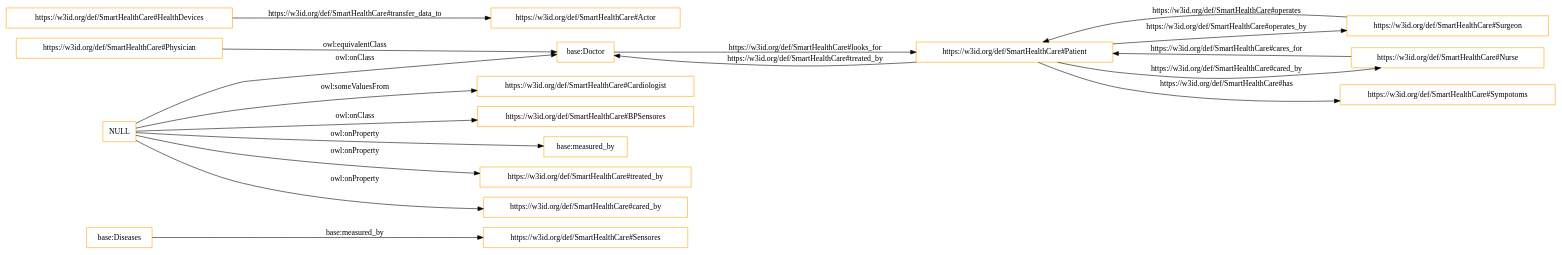
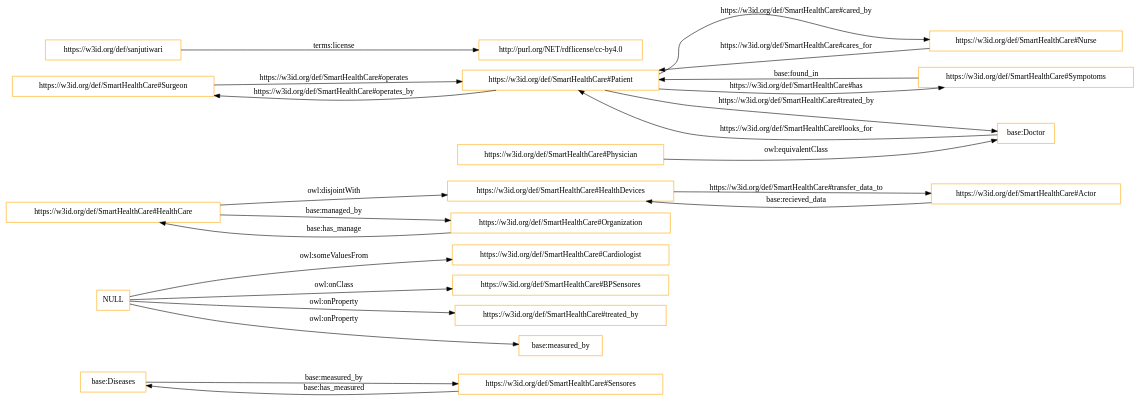
One commit to tiwari2019/myrepo changed the diagram in OnToology/Healthcare.owl/diagrams/ar2dtool-class/Healthcare.owl.png.dot. Above: the diagram before and after it, drawn with Graphviz. The commit also changed 13 other files, not shown here.

```diff
--- a/OnToology/Healthcare.owl/diagrams/ar2dtool-class/Healthcare.owl.png.dot
+++ b/OnToology/Healthcare.owl/diagrams/ar2dtool-class/Healthcare.owl.png.dot
@@ -1,22 +1,27 @@
 digraph ar2dtool_diagram { 
 rankdir=LR;
 size="1501"
-node [shape = rectangle, color="orange"]; "base:Diseases" "https://w3id.org/def/SmartHealthCare#Cardiologist" "https://w3id.org/def/SmartHealthCare#BPSensores" "https://w3id.org/def/SmartHealthCare#HealthDevices" "https://w3id.org/def/SmartHealthCare#Surgeon" "https://w3id.org/def/SmartHealthCare#Physician" "https://w3id.org/def/SmartHealthCare#Nurse" "base:Doctor" "https://w3id.org/def/SmartHealthCare#Sympotoms" "https://w3id.org/def/SmartHealthCare#Sensores" "https://w3id.org/def/SmartHealthCare#Actor" "https://w3id.org/def/SmartHealthCare#Patient" ; /*classes style*/
+node [shape = rectangle, color="orange"]; "base:Diseases" "https://w3id.org/def/SmartHealthCare#Cardiologist" "https://w3id.org/def/SmartHealthCare#BPSensores" "https://w3id.org/def/SmartHealthCare#HealthDevices" "https://w3id.org/def/SmartHealthCare#Surgeon" "https://w3id.org/def/SmartHealthCare#Physician" "https://w3id.org/def/SmartHealthCare#Nurse" "base:Doctor" "https://w3id.org/def/SmartHealthCare#Sympotoms" "https://w3id.org/def/SmartHealthCare#Sensores" "https://w3id.org/def/SmartHealthCare#HealthCare" "https://w3id.org/def/SmartHealthCare#Organization" "https://w3id.org/def/SmartHealthCare#Actor" "https://w3id.org/def/SmartHealthCare#Patient" ; /*classes style*/
 	"NULL" -> "https://w3id.org/def/SmartHealthCare#Cardiologist" [ label = "owl:someValuesFrom" ];
 	"NULL" -> "https://w3id.org/def/SmartHealthCare#treated_by" [ label = "owl:onProperty" ];
-	"NULL" -> "base:Doctor" [ label = "owl:onClass" ];
-	"NULL" -> "https://w3id.org/def/SmartHealthCare#cared_by" [ label = "owl:onProperty" ];
 	"NULL" -> "https://w3id.org/def/SmartHealthCare#BPSensores" [ label = "owl:onClass" ];
 	"NULL" -> "base:measured_by" [ label = "owl:onProperty" ];
+	"https://w3id.org/def/SmartHealthCare#HealthCare" -> "https://w3id.org/def/SmartHealthCare#HealthDevices" [ label = "owl:disjointWith" ];
+	"https://w3id.org/def/sanjutiwari" -> "http://purl.org/NET/rdflicense/cc-by4.0" [ label = "terms:license" ];
 	"https://w3id.org/def/SmartHealthCare#Physician" -> "base:Doctor" [ label = "owl:equivalentClass" ];
+	"https://w3id.org/def/SmartHealthCare#Organization" -> "https://w3id.org/def/SmartHealthCare#HealthCare" [ label = "base:has_manage" ];
+	"https://w3id.org/def/SmartHealthCare#HealthCare" -> "https://w3id.org/def/SmartHealthCare#Organization" [ label = "base:managed_by" ];
 	"https://w3id.org/def/SmartHealthCare#HealthDevices" -> "https://w3id.org/def/SmartHealthCare#Actor" [ label = "https://w3id.org/def/SmartHealthCare#transfer_data_to" ];
+	"https://w3id.org/def/SmartHealthCare#Sensores" -> "base:Diseases" [ label = "base:has_measured" ];
+	"base:Diseases" -> "https://w3id.org/def/SmartHealthCare#Sensores" [ label = "base:measured_by" ];
+	"https://w3id.org/def/SmartHealthCare#Patient" -> "https://w3id.org/def/SmartHealthCare#Sympotoms" [ label = "https://w3id.org/def/SmartHealthCare#has" ];
 	"base:Doctor" -> "https://w3id.org/def/SmartHealthCare#Patient" [ label = "https://w3id.org/def/SmartHealthCare#looks_for" ];
+	"https://w3id.org/def/SmartHealthCare#Actor" -> "https://w3id.org/def/SmartHealthCare#HealthDevices" [ label = "base:recieved_data" ];
 	"https://w3id.org/def/SmartHealthCare#Patient" -> "base:Doctor" [ label = "https://w3id.org/def/SmartHealthCare#treated_by" ];
-	"base:Diseases" -> "https://w3id.org/def/SmartHealthCare#Sensores" [ label = "base:measured_by" ];
 	"https://w3id.org/def/SmartHealthCare#Patient" -> "https://w3id.org/def/SmartHealthCare#Surgeon" [ label = "https://w3id.org/def/SmartHealthCare#operates_by" ];
-	"https://w3id.org/def/SmartHealthCare#Patient" -> "https://w3id.org/def/SmartHealthCare#Sympotoms" [ label = "https://w3id.org/def/SmartHealthCare#has" ];
 	"https://w3id.org/def/SmartHealthCare#Patient" -> "https://w3id.org/def/SmartHealthCare#Nurse" [ label = "https://w3id.org/def/SmartHealthCare#cared_by" ];
 	"https://w3id.org/def/SmartHealthCare#Surgeon" -> "https://w3id.org/def/SmartHealthCare#Patient" [ label = "https://w3id.org/def/SmartHealthCare#operates" ];
+	"https://w3id.org/def/SmartHealthCare#Sympotoms" -> "https://w3id.org/def/SmartHealthCare#Patient" [ label = "base:found_in" ];
 	"https://w3id.org/def/SmartHealthCare#Nurse" -> "https://w3id.org/def/SmartHealthCare#Patient" [ label = "https://w3id.org/def/SmartHealthCare#cares_for" ];
 
 }
```
